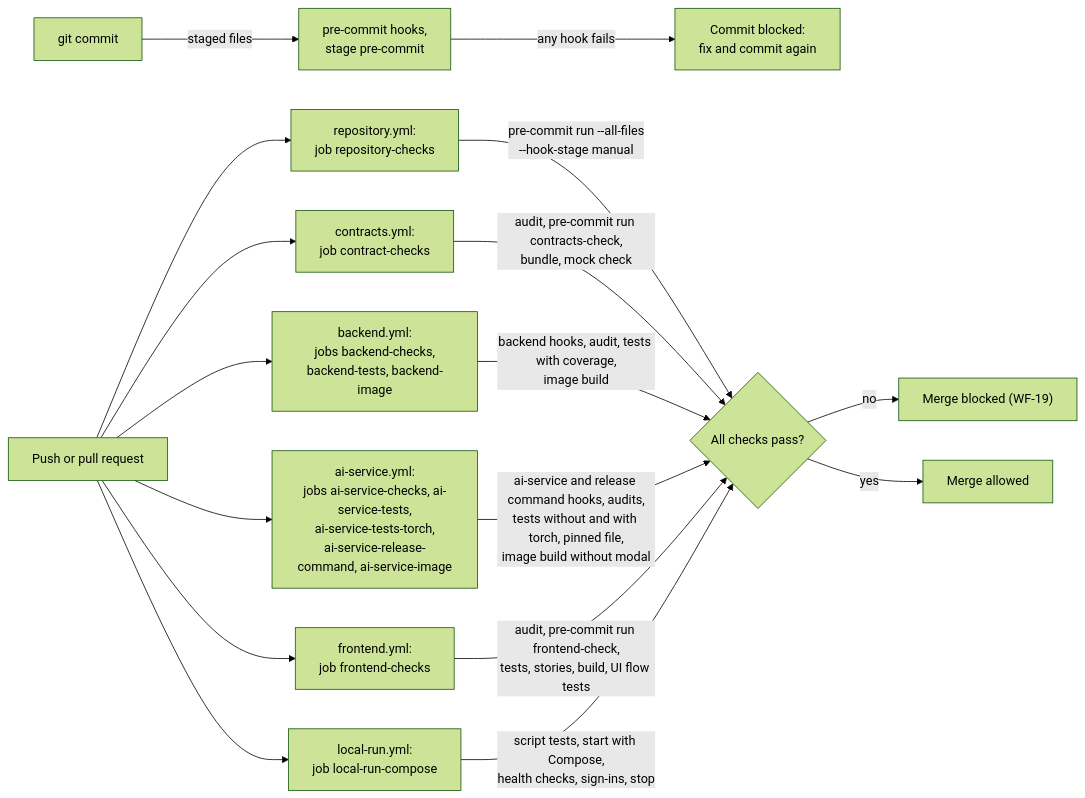
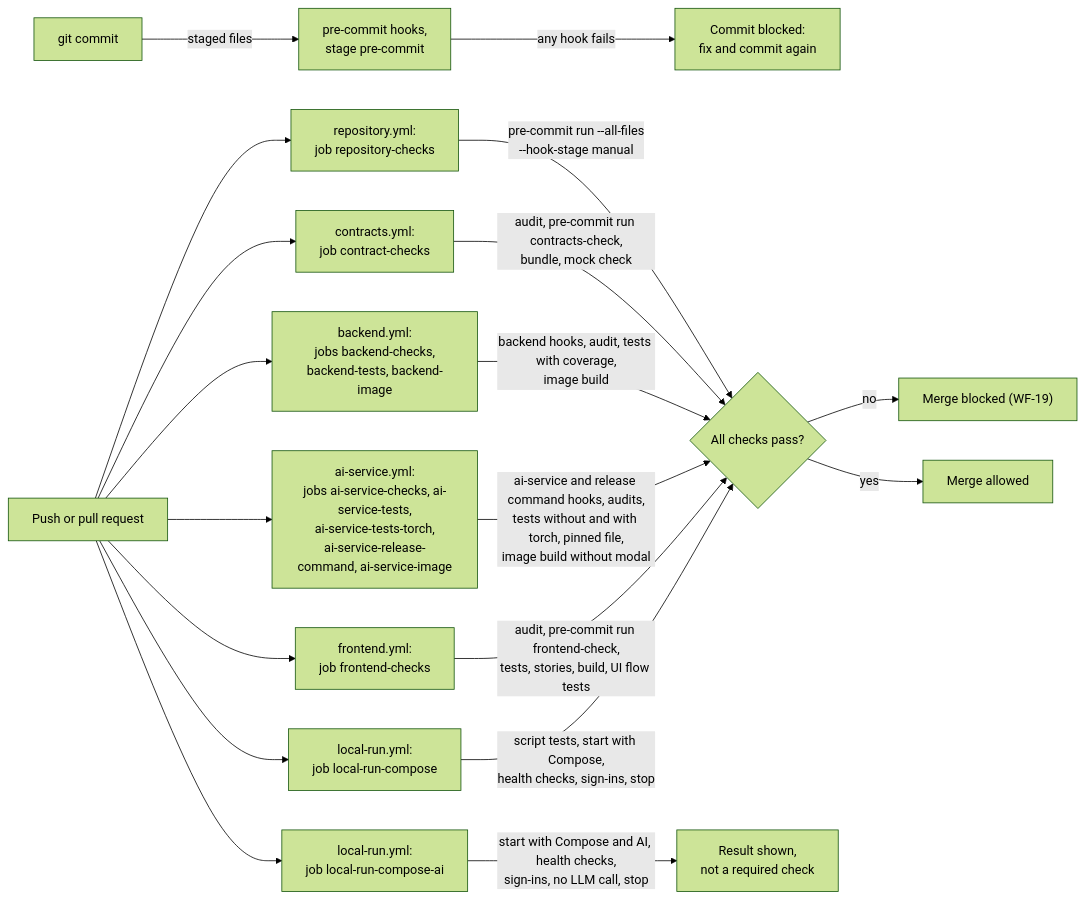
One commit to ml-system-design-nhom-5/SupportIQ changed the first of 2 diagrams in docs/guides/repository-checks.md. Above: the diagram before and after it, drawn with Mermaid (forest theme). The commit also changed other lines of this file, not shown here.

First line of the commit message:
docs(repo): describe local-run-compose-ai in the repository checks

````diff
--- a/docs/guides/repository-checks.md
+++ b/docs/guides/repository-checks.md
@@ -11,19 +11,21 @@
 ```mermaid
 flowchart LR
     Commit["git commit"] -->|"staged files"| Hooks["pre-commit hooks,<br/>stage pre-commit"]
     Hooks -->|"any hook fails"| Blocked["Commit blocked:<br/>fix and commit again"]
     Push["Push or pull request"] --> Repo["repository.yml:<br/>job repository-checks"]
     Push --> Con["contracts.yml:<br/>job contract-checks"]
     Push --> Be["backend.yml:<br/>jobs backend-checks,<br/>backend-tests, backend-image"]
     Push --> Ai["ai-service.yml:<br/>jobs ai-service-checks, ai-service-tests,<br/>ai-service-tests-torch,<br/>ai-service-release-command, ai-service-image"]
     Push --> Fe["frontend.yml:<br/>job frontend-checks"]
     Push --> Lr["local-run.yml:<br/>job local-run-compose"]
+    Push --> LrAi["local-run.yml:<br/>job local-run-compose-ai"]
     Repo -->|"pre-commit run --all-files<br/>--hook-stage manual"| Result{"All checks pass?"}
     Con -->|"audit, pre-commit run contracts-check,<br/>bundle, mock check"| Result
     Be -->|"backend hooks, audit, tests with coverage,<br/>image build"| Result
     Ai -->|"ai-service and release command hooks, audits,<br/>tests without and with torch, pinned file,<br/>image build without modal"| Result
     Fe -->|"audit, pre-commit run frontend-check,<br/>tests, stories, build, UI flow tests"| Result
     Lr -->|"script tests, start with Compose,<br/>health checks, sign-ins, stop"| Result
+    LrAi -->|"start with Compose and AI, health checks,<br/>sign-ins, no LLM call, stop"| Shown["Result shown,<br/>not a required check"]
     Result -->|"no"| Red["Merge blocked (WF-19)"]
     Result -->|"yes"| Green["Merge allowed"]
 ```
````
